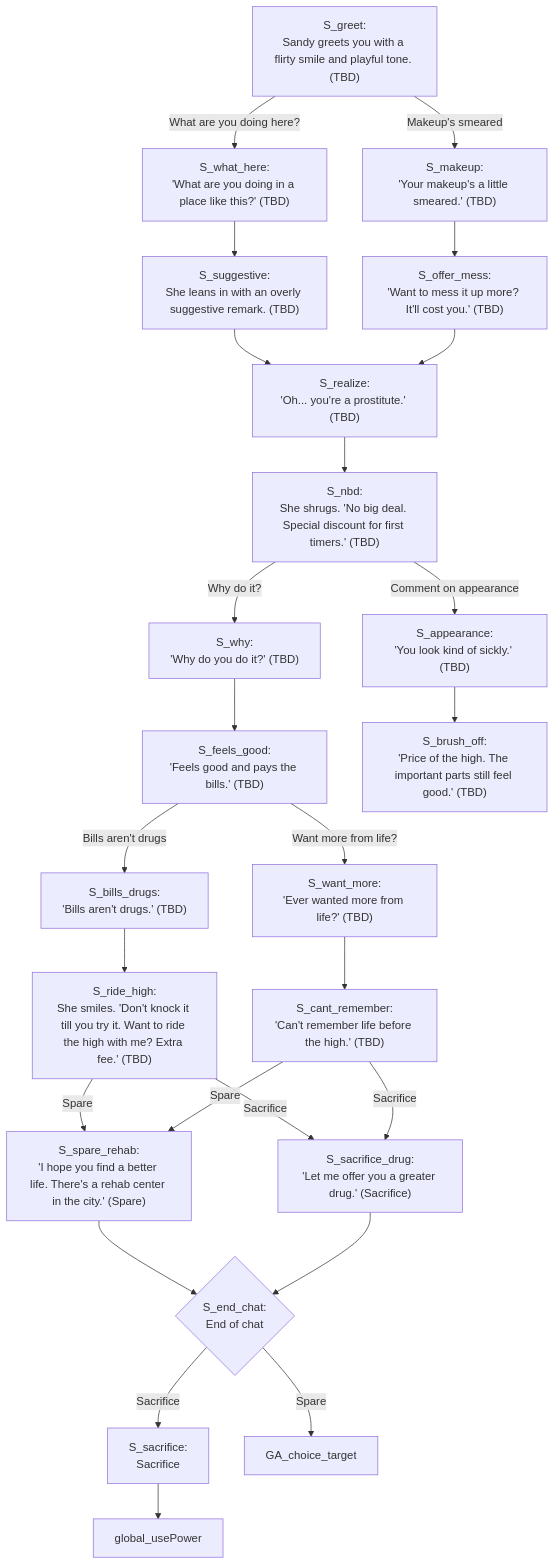
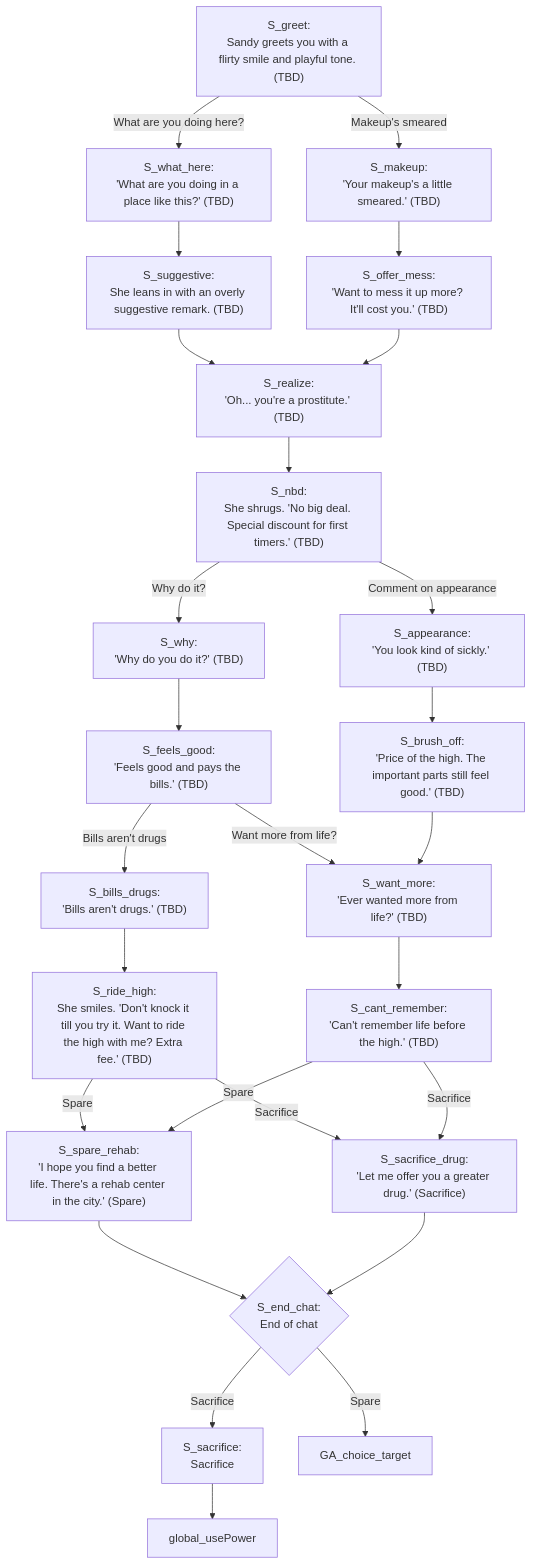
One commit to ivalace/horror-game-jam-2025 changed the diagram in Sandy.mmd. Above: the diagram before and after it, drawn with Mermaid. The commit also changed 1 other file, not shown here.

```diff
--- a/Sandy.mmd
+++ b/Sandy.mmd
@@ -1,29 +1,29 @@
 flowchart TD
 direction LR
 S_greet["S_greet:<br/>Sandy greets you with a flirty smile and playful tone. (TBD)"] -->|What are you doing here?| S_what_here
 S_greet -->|Makeup's smeared| S_makeup
 S_what_here["S_what_here:<br/>'What are you doing in a place like this?' (TBD)"] --> S_suggestive
 S_suggestive["S_suggestive:<br/>She leans in with an overly suggestive remark. (TBD)"] --> S_realize
 S_makeup["S_makeup:<br/>'Your makeup's a little smeared.' (TBD)"] --> S_offer_mess
 S_offer_mess["S_offer_mess:<br/>'Want to mess it up more? It'll cost you.' (TBD)"] --> S_realize
 S_realize["S_realize:<br/>'Oh... you're a prostitute.' (TBD)"] --> S_nbd
 S_nbd["S_nbd:<br/>She shrugs. 'No big deal. Special discount for first timers.' (TBD)"] -->|Why do it?| S_why
 S_nbd -->|Comment on appearance| S_appearance
 S_why["S_why:<br/>'Why do you do it?' (TBD)"] --> S_feels_good
 S_feels_good["S_feels_good:<br/>'Feels good and pays the bills.' (TBD)"] -->|Bills aren't drugs| S_bills_drugs
 S_feels_good -->|Want more from life?| S_want_more
 S_bills_drugs["S_bills_drugs:<br/>'Bills aren't drugs.' (TBD)"] --> S_ride_high
 S_ride_high["S_ride_high:<br/>She smiles. 'Don't knock it till you try it. Want to ride the high with me? Extra fee.' (TBD)"] -->|Spare| S_spare_rehab
 S_ride_high -->|Sacrifice| S_sacrifice_drug
 S_cant_remember["S_cant_remember:<br/>'Can't remember life before the high.' (TBD)"] -->|Spare| S_spare_rehab
 S_cant_remember -->|Sacrifice| S_sacrifice_drug
 S_spare_rehab["S_spare_rehab:<br/>'I hope you find a better life. There's a rehab center in the city.' (Spare)"] --> S_end_chat
 S_sacrifice_drug["S_sacrifice_drug:<br/>'Let me offer you a greater drug.' (Sacrifice)"] --> S_end_chat
 S_want_more["S_want_more:<br/>'Ever wanted more from life?' (TBD)"] --> S_cant_remember
 S_appearance["S_appearance:<br/>'You look kind of sickly.' (TBD)"] --> S_brush_off
-S_brush_off["S_brush_off:<br/>'Price of the high. The important parts still feel good.' (TBD)"]
+S_brush_off["S_brush_off:<br/>'Price of the high. The important parts still feel good.' (TBD)"] --> S_want_more
 
 S_end_chat{"S_end_chat:<br/>End of chat"} -->|Sacrifice| S_sacrifice
 S_end_chat -->|Spare| GA_choice_target
 
 S_sacrifice["S_sacrifice:<br/>Sacrifice"] --> global_usePower
```
